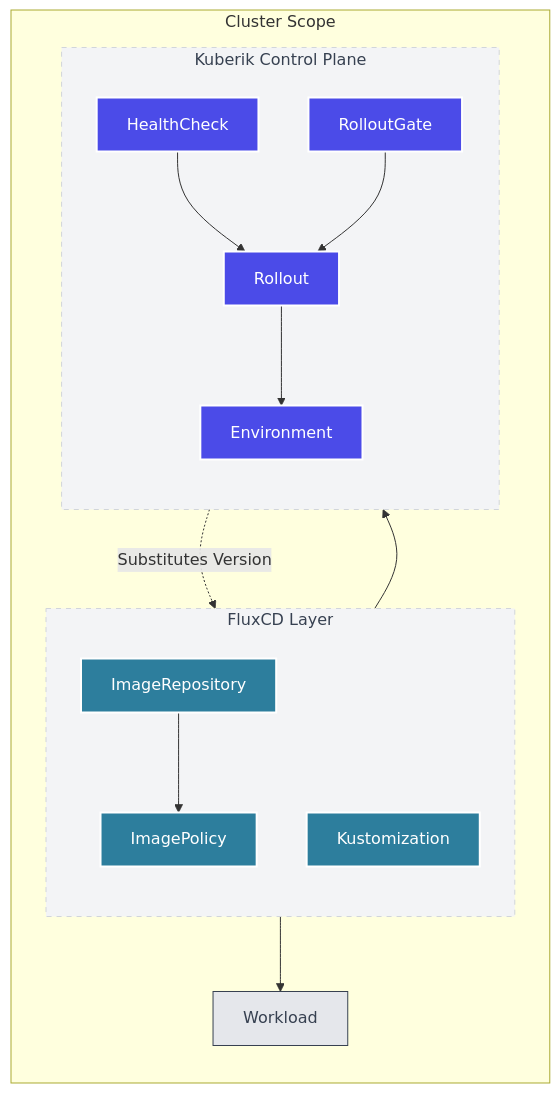
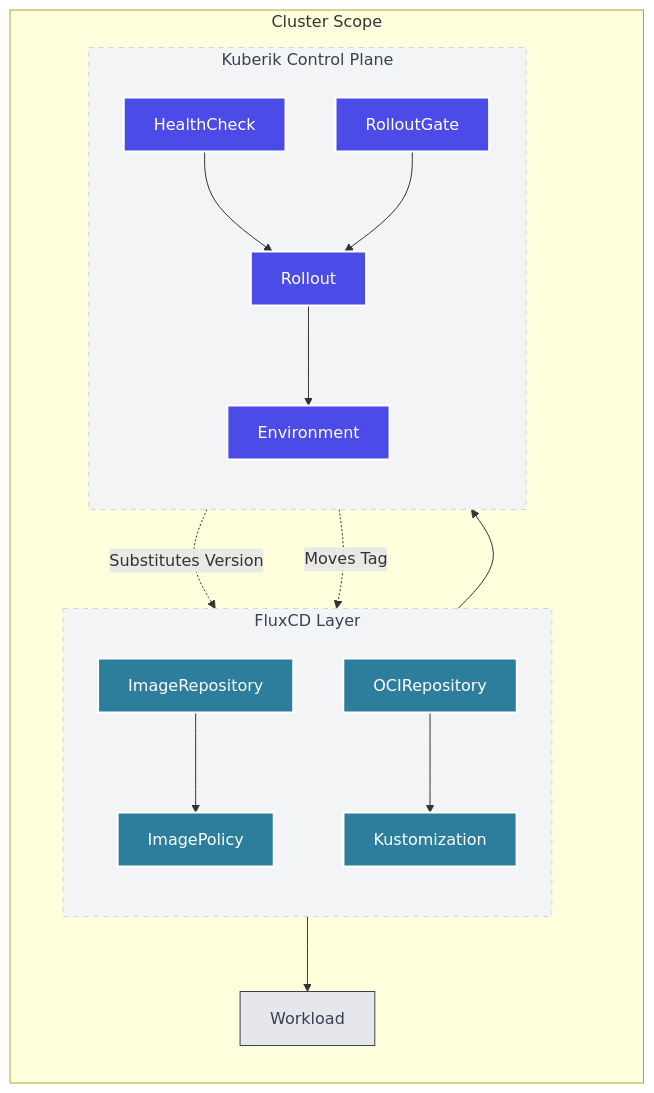
One commit to kuberik/website changed the diagram in content/docs/concepts/architecture.md. Above: the diagram before and after it, drawn with Mermaid. The commit also changed other lines of this file and 7 other files, not shown here.

````diff
--- a/content/docs/concepts/architecture.md
+++ b/content/docs/concepts/architecture.md
@@ -10,43 +10,46 @@
 ```mermaid
 flowchart TB
     %% Styles
     classDef flux fill:#2D7E9D,stroke:#fff,stroke-width:2px,color:#fff
     classDef kuberik fill:#4B4BE8,stroke:#fff,stroke-width:2px,color:#fff
     classDef workload fill:#E5E7EB,stroke:#374151,stroke-width:1px,color:#374151
     classDef boundary fill:#F3F4F6,stroke:#D1D5DB,stroke-width:1px,color:#374151,stroke-dasharray: 5 5
 
     subgraph Cluster ["Cluster Scope"]
         direction TB
 
         subgraph FluxCD ["FluxCD Layer"]
             direction TB
             IR[ImageRepository]:::flux
             IP[ImagePolicy]:::flux
+            OCIR[OCIRepository]:::flux
             KS[Kustomization]:::flux
         end
 
         subgraph Kuberik ["Kuberik Control Plane"]
             direction TB
             RO[Rollout]:::kuberik
             ENV[Environment]:::kuberik
             HC[HealthCheck]:::kuberik
             RG[RolloutGate]:::kuberik
         end
 
         DEP[Workload]:::workload
     end
 
     %% Flows
     IR --> IP
     IP --> RO
     RO --> ENV
 
     %% Connections
+    OCIR --> KS
     KS --> DEP
     RO -.->|Substitutes Version| KS
+    RO -.->|Moves Tag| OCIR
     HC --> RO
     RG --> RO
 
     %% Subgraph Styling
     class FluxCD,Kuberik boundary
 ```
````
